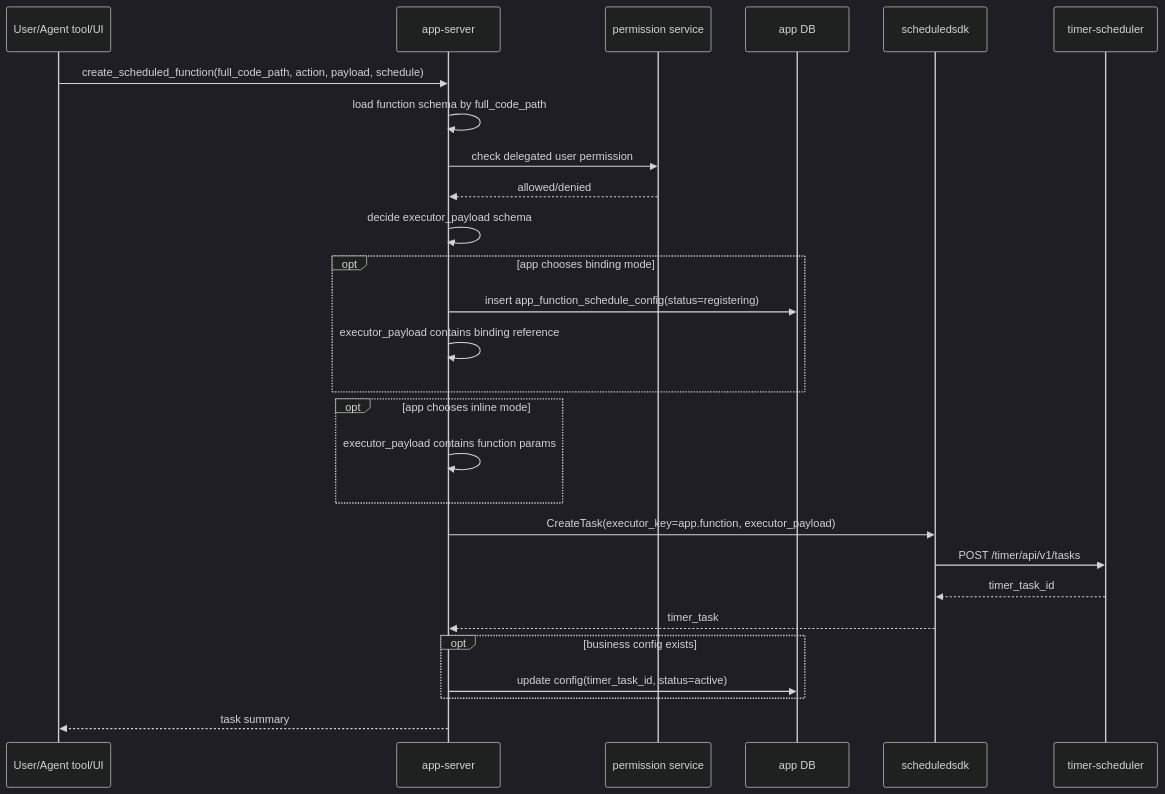
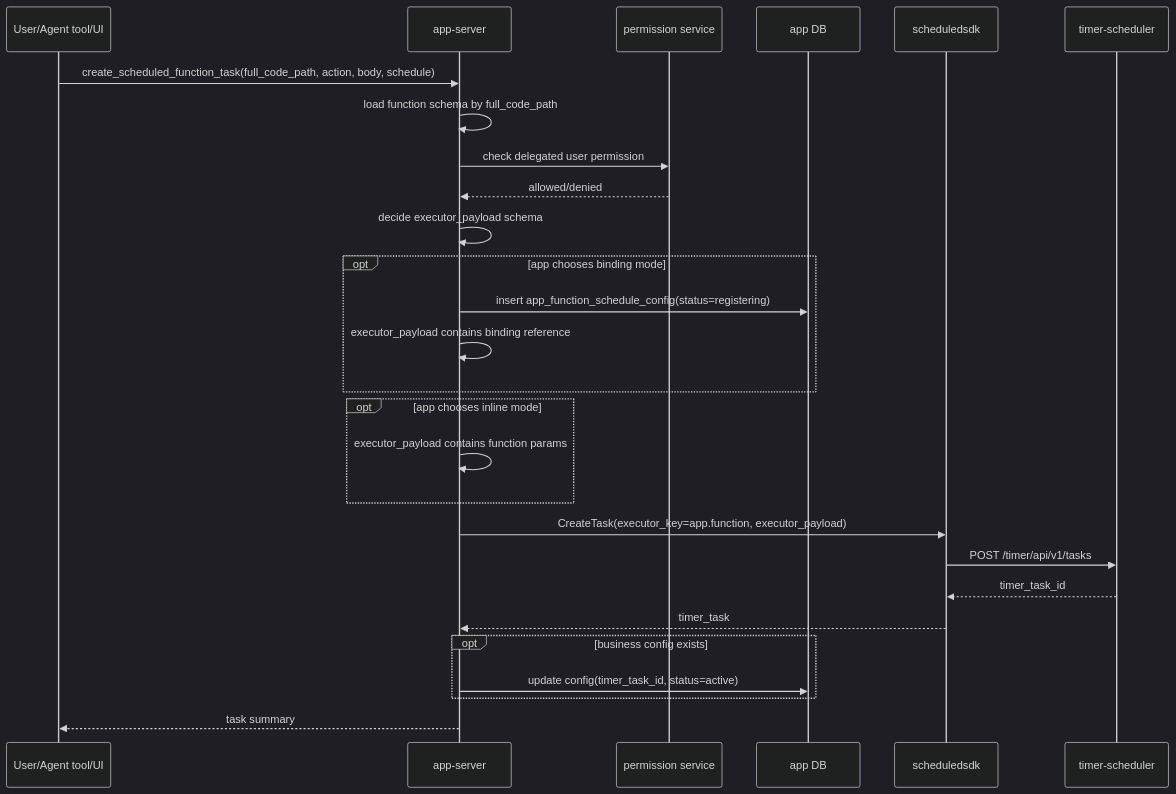
Before and after one commit to kageos/kageos: the eighth of 19 diagrams in docs/scheduled-tasks-architecture-design.md, drawn with Mermaid (dark theme). The commit also changed other lines of this file and 86 other files, not shown here.

````diff
--- a/docs/scheduled-tasks-architecture-design.md
+++ b/docs/scheduled-tasks-architecture-design.md
@@ -362,30 +364,30 @@
 ```mermaid
 sequenceDiagram
   participant User as User/Agent tool/UI
   participant App as app-server
   participant Permission as permission service
   participant AppDB as app DB
   participant SDK as scheduledsdk
   participant Timer as timer-scheduler
 
-  User->>App: create_scheduled_function(full_code_path, action, payload, schedule)
+  User->>App: create_scheduled_function_task(full_code_path, action, body, schedule)
   App->>App: load function schema by full_code_path
   App->>Permission: check delegated user permission
   Permission-->>App: allowed/denied
   App->>App: decide executor_payload schema
   opt app chooses binding mode
     App->>AppDB: insert app_function_schedule_config(status=registering)
     App->>App: executor_payload contains binding reference
   end
   opt app chooses inline mode
     App->>App: executor_payload contains function params
   end
   App->>SDK: CreateTask(executor_key=app.function, executor_payload)
   SDK->>Timer: POST /timer/api/v1/tasks
   Timer-->>SDK: timer_task_id
   SDK-->>App: timer_task
   opt business config exists
     App->>AppDB: update config(timer_task_id, status=active)
   end
   App-->>User: task summary
 ```
````
